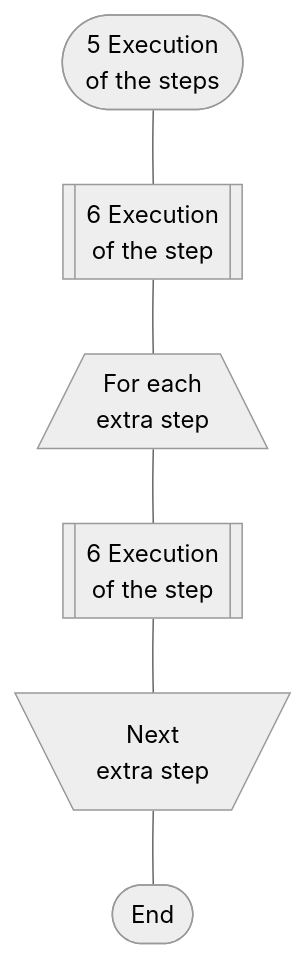
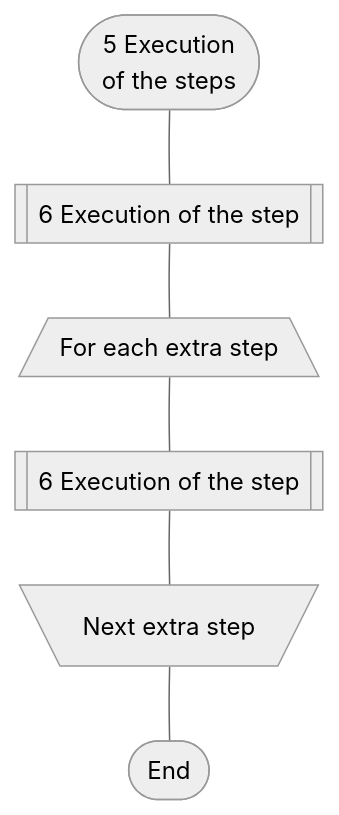
One commit to savushkin-r-d/ptusa_main changed the third of 5 diagrams in readme.md. Above: the diagram before and after it, drawn with Mermaid (neutral theme). The commit also changed other lines of this file, not shown here.

Commit message:
Edit syntax

````diff
--- a/readme.md
+++ b/readme.md
@@ -51,11 +51,11 @@
 ``` mermaid
 
 flowchart TD
 
     A([5 Execution <br/> of the steps]) --- A1[[6 Execution of the step]]
-    A1[[6 Execution <br/> of the step]] --- B[/For each extra step\]
-    B[/For each <br/> extra step\] --- C[[6 Execution of the step]]
-    C[[6 Execution <br/> of the step]] --- D[\Next extra step/]
-    D[\Next <br/> extra step/] --- E([End])
+    A1 --- B[/For each extra step\]
+    B --- C[[6 Execution of the step]]
+    C --- D[\Next extra step/]
+    D --- E([End])
 
 ```
````
